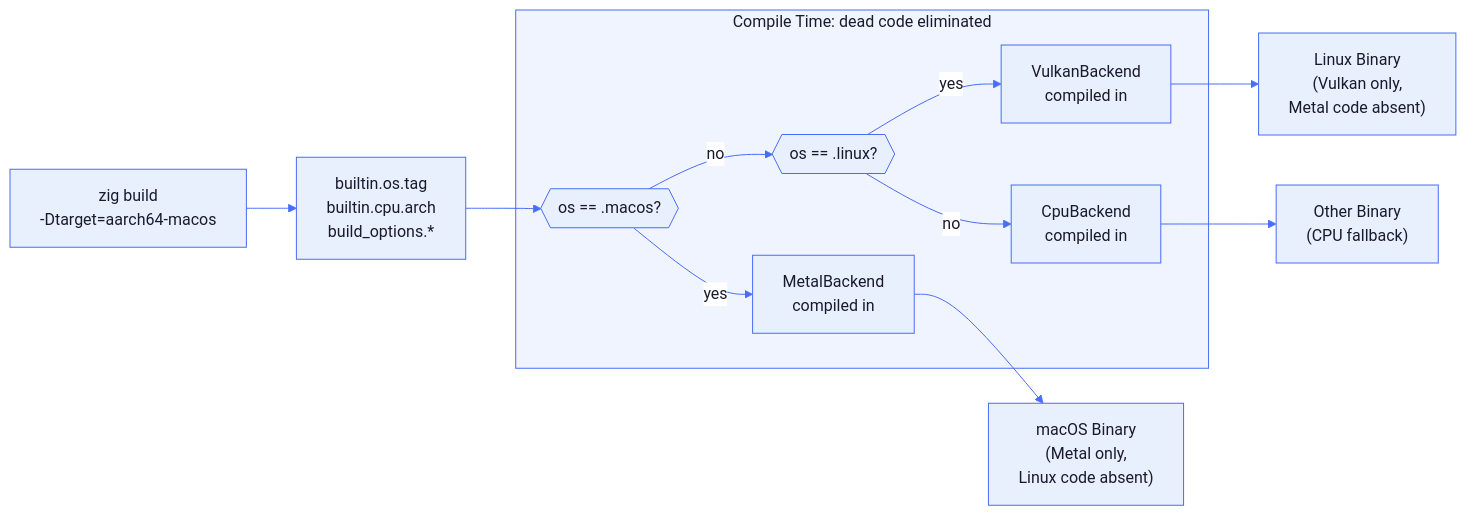
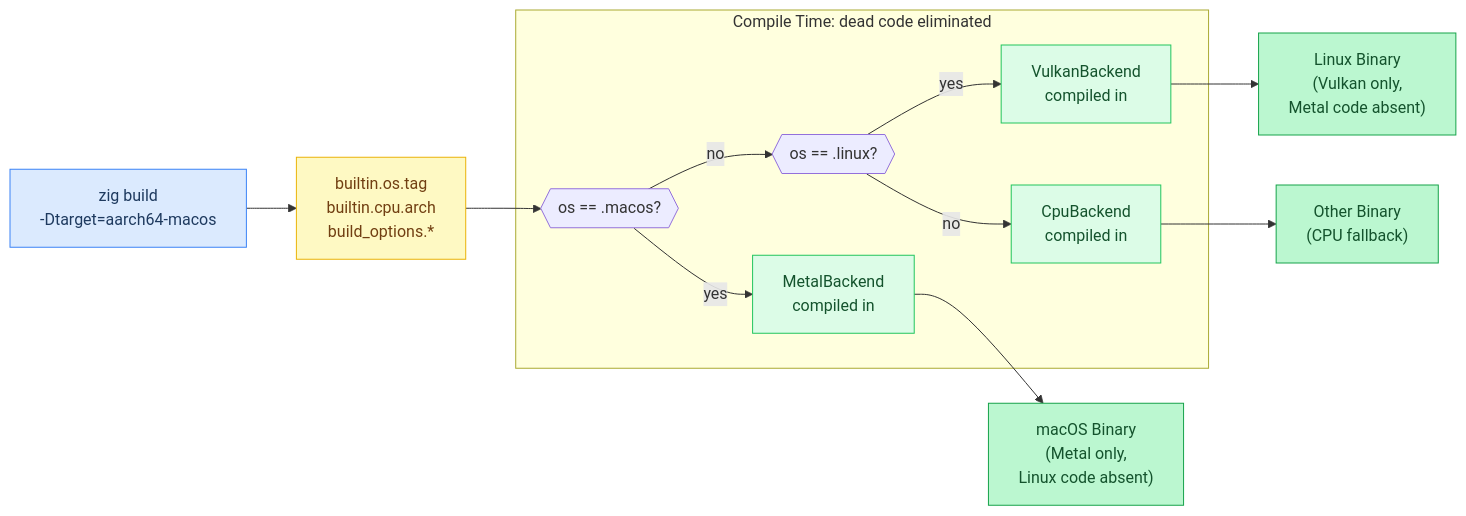
Before and after one commit to maci0/agave: the third of 7 diagrams in docs/tutorial/appendix-compile-time.md, drawn with Mermaid. The commit also changed other lines of this file and 24 other files, not shown here.

First line of the commit message:
docs: convert all mermaid diagrams to classDef semantic colors

````diff
--- a/docs/tutorial/appendix-compile-time.md
+++ b/docs/tutorial/appendix-compile-time.md
@@ -205,37 +208,38 @@
 ```mermaid
-%%{init: {'theme': 'base', 'themeVariables': {
-  'primaryColor': '#e8f0fe',
-  'primaryTextColor': '#1a1a2e',
-  'primaryBorderColor': '#4a6cf7',
-  'lineColor': '#4a6cf7',
-  'secondaryColor': '#f0f4ff',
-  'tertiaryColor': '#f8f9ff',
-  'edgeLabelBackground': '#ffffff',
-  'clusterBkg': '#f0f4ff',
-  'clusterBorder': '#4a6cf7',
-  'titleColor': '#1a1a2e',
-  'nodeTextColor': '#1a1a2e',
-  'fontFamily': 'ui-monospace, SFMono-Regular, monospace'
-}}}%%
 flowchart LR
-    BuildCmd["zig build\n-Dtarget=aarch64-macos"] --> Builtin["builtin.os.tag\nbuiltin.cpu.arch\nbuild_options.*"]
+    classDef setup     fill:#dbeafe,stroke:#3b82f6,color:#1e3a5f
+    classDef sync      fill:#dcfce7,stroke:#22c55e,color:#14532d
+    classDef migration fill:#fef9c3,stroke:#eab308,color:#713f12
+    classDef success   fill:#bbf7d0,stroke:#16a34a,color:#14532d
+    classDef danger    fill:#fee2e2,stroke:#ef4444,color:#7f1d1d
+    classDef optional  fill:#f3e8ff,stroke:#9333ea,color:#581c87
 
+    BuildCmd["zig build\n-Dtarget=aarch64-macos"]:::setup
+    Builtin["builtin.os.tag\nbuiltin.cpu.arch\nbuild_options.*"]:::migration
+    MetalBranch["MetalBackend\ncompiled in"]:::sync
+    VulkanBranch["VulkanBackend\ncompiled in"]:::sync
+    CPUBranch["CpuBackend\ncompiled in"]:::sync
+    Binary["macOS Binary\n(Metal only,\nLinux code absent)"]:::success
+    LinuxBin["Linux Binary\n(Vulkan only,\nMetal code absent)"]:::success
+    CPUBin["Other Binary\n(CPU fallback)"]:::success
+
+    BuildCmd --> Builtin
     Builtin --> MacOS{{"os == .macos?"}}
-    MacOS -- yes --> MetalBranch["MetalBackend\ncompiled in"]
+    MacOS -- yes --> MetalBranch
     MacOS -- no --> Linux{{"os == .linux?"}}
-    Linux -- yes --> VulkanBranch["VulkanBackend\ncompiled in"]
-    Linux -- no --> CPUBranch["CpuBackend\ncompiled in"]
+    Linux -- yes --> VulkanBranch
+    Linux -- no --> CPUBranch
 
-    MetalBranch --> Binary["macOS Binary\n(Metal only,\nLinux code absent)"]
-    VulkanBranch --> LinuxBin["Linux Binary\n(Vulkan only,\nMetal code absent)"]
-    CPUBranch --> CPUBin["Other Binary\n(CPU fallback)"]
+    MetalBranch --> Binary
+    VulkanBranch --> LinuxBin
+    CPUBranch --> CPUBin
 
     subgraph CompileTime["Compile Time: dead code eliminated"]
         MacOS
         Linux
         MetalBranch
         VulkanBranch
         CPUBranch
     end
 
 ```
````
